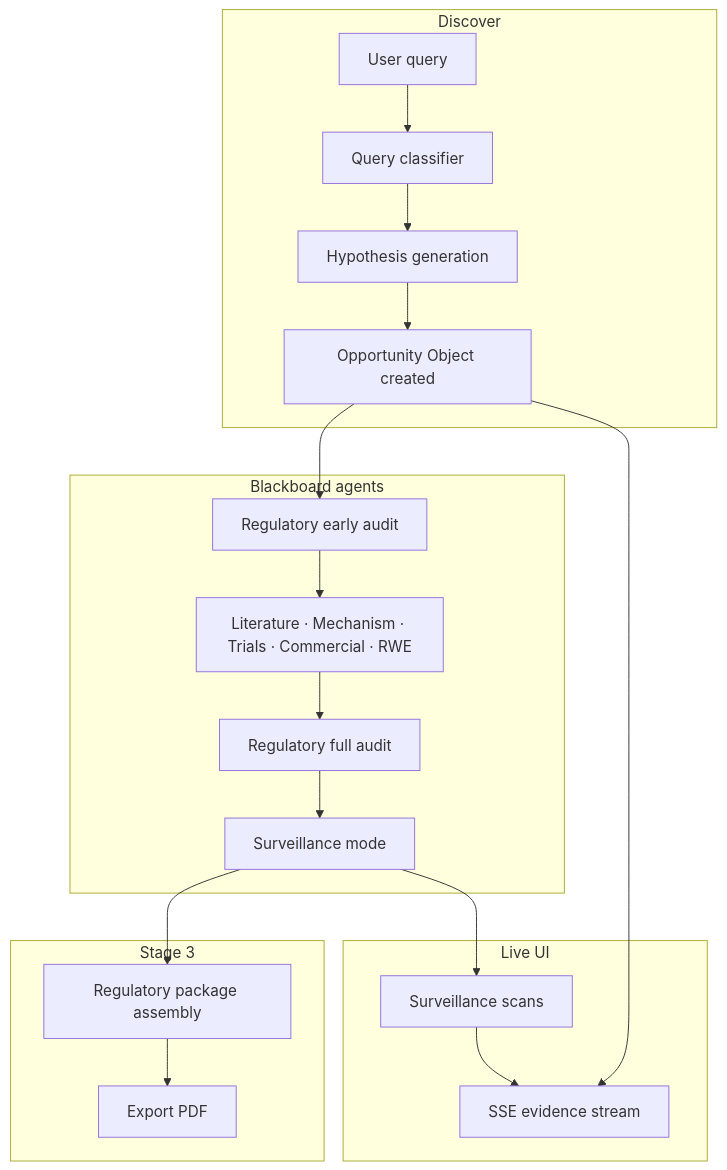
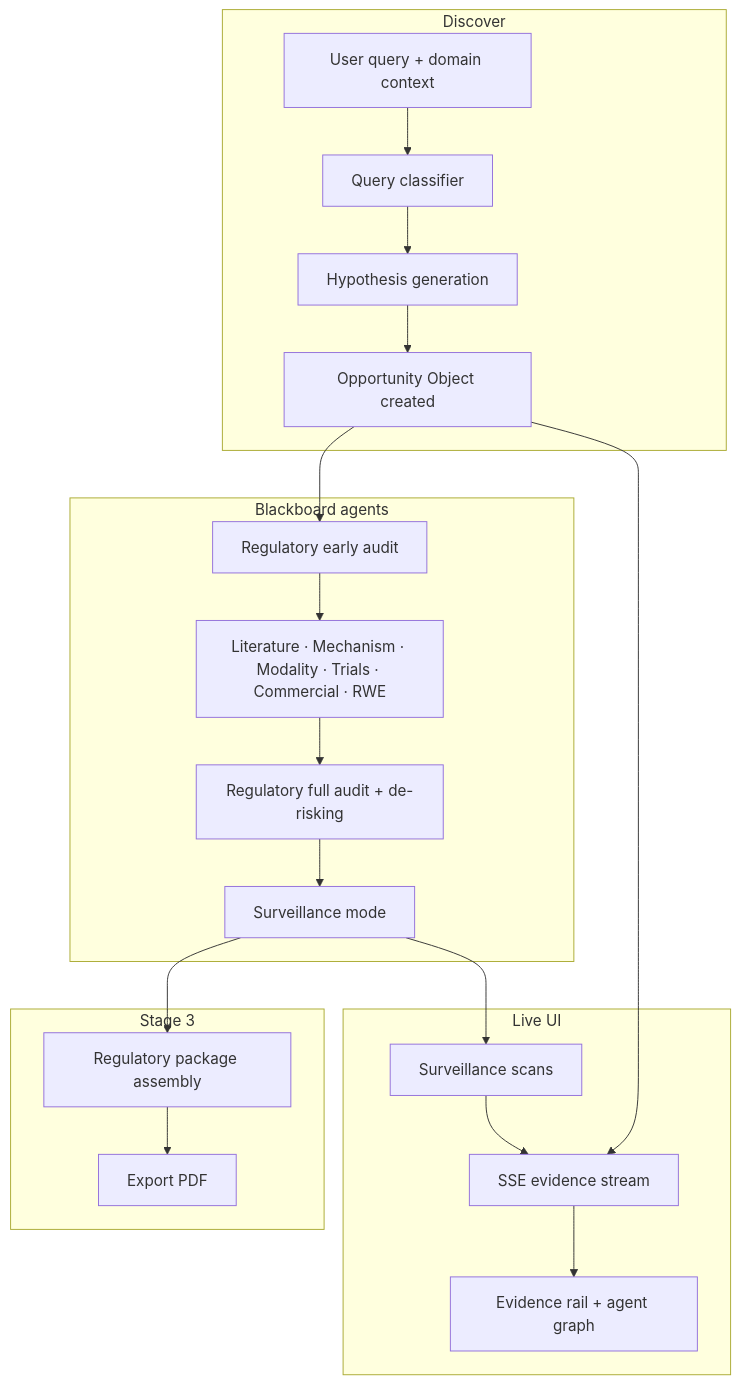
The diagram in README.md (nayanikar/arclightbio), drawn with Mermaid before and after one commit. The commit also changed other lines of this file and 49 other files, not shown here.

Commit message:
architectural changes in agents

````diff
--- a/README.md
+++ b/README.md
@@ -35,26 +170,27 @@
 ```mermaid
 flowchart TB
   subgraph discover [Discover]
-    Query[User query] --> Classify[Query classifier]
+    Query[User query + domain context] --> Classify[Query classifier]
     Classify --> Hypothesis[Hypothesis generation]
     Hypothesis --> OO[Opportunity Object created]
   end
 
   subgraph blackboard [Blackboard agents]
     OO --> RegEarly[Regulatory early audit]
-    RegEarly --> Agents[Literature · Mechanism · Trials · Commercial · RWE]
-    Agents --> RegFull[Regulatory full audit]
+    RegEarly --> Agents[Literature · Mechanism · Modality · Trials · Commercial · RWE]
+    Agents --> RegFull[Regulatory full audit + de-risking]
     RegFull --> Surv[Surveillance mode]
   end
 
   subgraph live [Live UI]
     OO --> SSE[SSE evidence stream]
     Surv --> Scan[Surveillance scans]
     Scan --> SSE
+    SSE --> Sidebar[Evidence rail + agent graph]
   end
 
   subgraph stage3 [Stage 3]
     Surv --> RegPkg[Regulatory package assembly]
     RegPkg --> PDF[Export PDF]
   end
 ```
````
